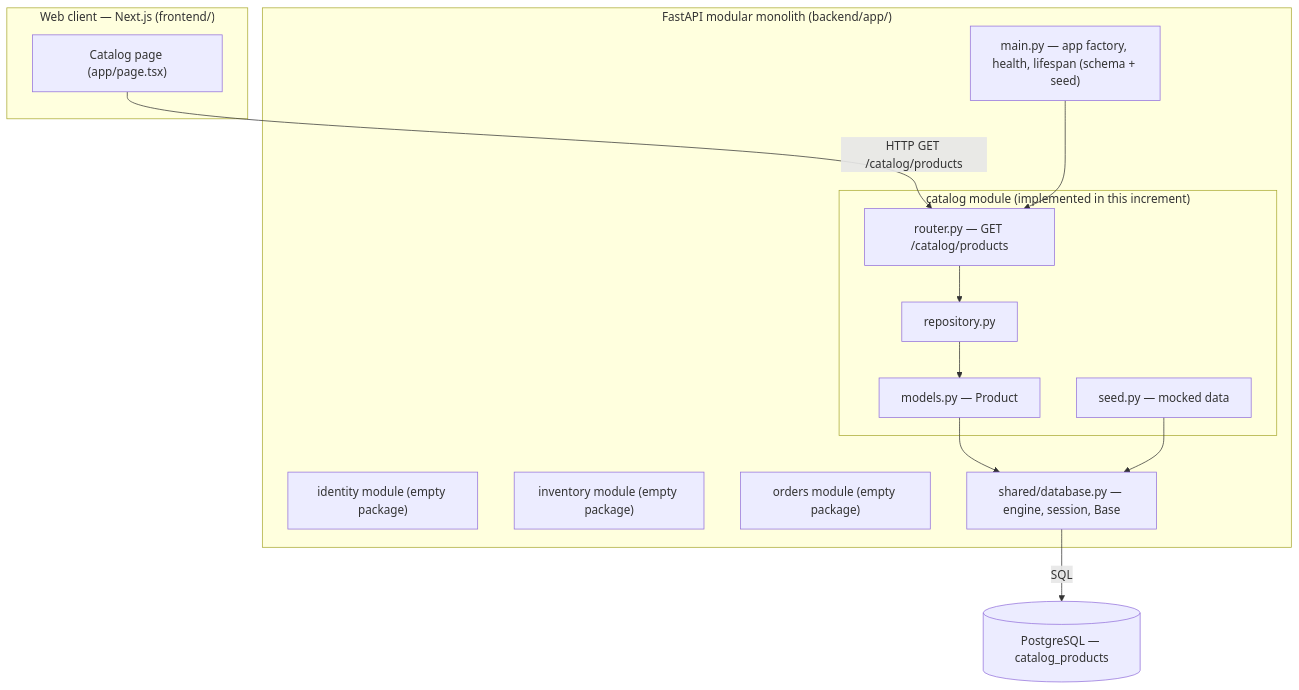
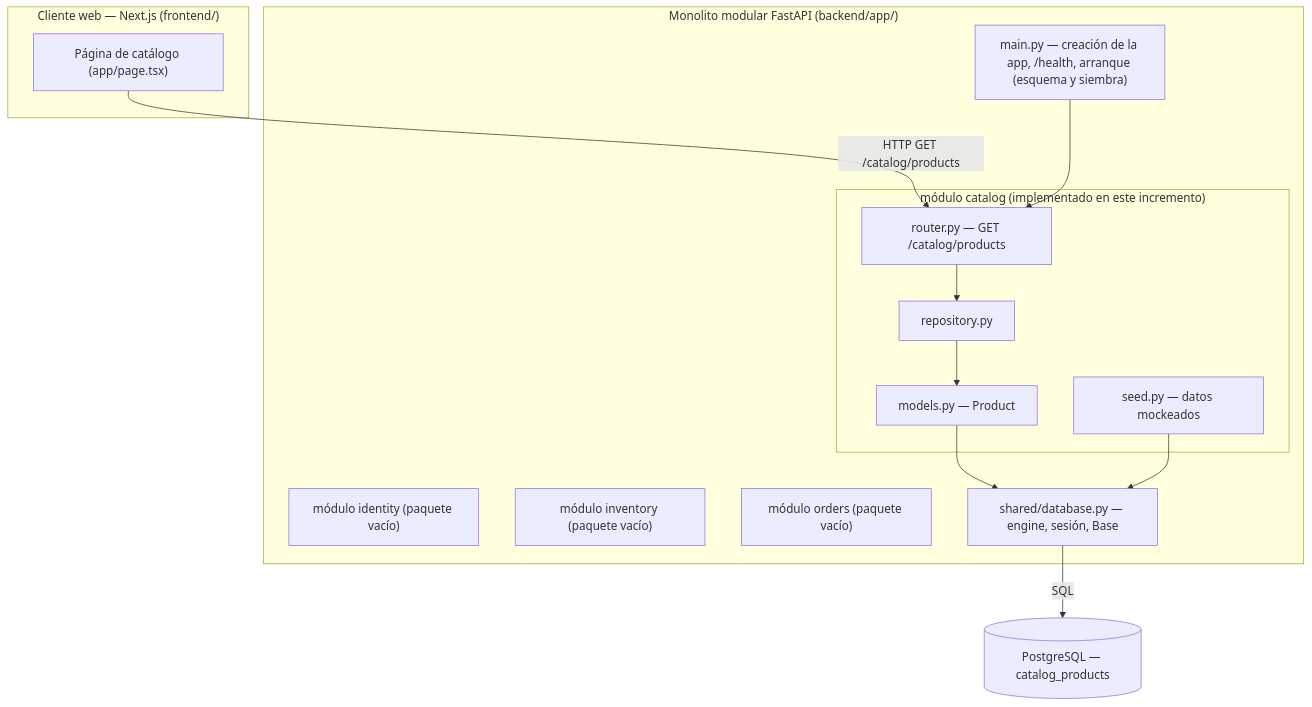
One commit to ISCOUTB/AS_202620_TIENDA-VIRTUAL-UTB changed the second of 5 diagrams in docs/arc42/arc42-template-EN.md. Above: the diagram before and after it, drawn with Mermaid. The commit also changed other lines of this file and 5 other files, not shown here.

````diff
--- a/docs/arc42/arc42-template-EN.md
+++ b/docs/arc42/arc42-template-EN.md
@@ -166,27 +171,27 @@
 ```mermaid
 flowchart TB
-    subgraph WebClient["Web client — Next.js (frontend/)"]
-        Page["Catalog page (app/page.tsx)"]
+    subgraph ClienteWeb["Cliente web — Next.js (frontend/)"]
+        Pagina["Página de catálogo (app/page.tsx)"]
     end
-    subgraph API["FastAPI modular monolith (backend/app/)"]
-        Main["main.py — app factory, health, lifespan (schema + seed)"]
-        subgraph Catalog["catalog module (implemented in this increment)"]
+    subgraph API["Monolito modular FastAPI (backend/app/)"]
+        Main["main.py — creación de la app, /health, arranque (esquema y siembra)"]
+        subgraph Catalogo["módulo catalog (implementado en este incremento)"]
             CRouter["router.py — GET /catalog/products"]
             CRepo["repository.py"]
             CModel["models.py — Product"]
-            CSeed["seed.py — mocked data"]
+            CSeed["seed.py — datos mockeados"]
         end
-        Identity["identity module (empty package)"]
-        Inventory["inventory module (empty package)"]
-        Orders["orders module (empty package)"]
-        Shared["shared/database.py — engine, session, Base"]
+        Identidad["módulo identity (paquete vacío)"]
+        Inventario["módulo inventory (paquete vacío)"]
+        Pedidos["módulo orders (paquete vacío)"]
+        Shared["shared/database.py — engine, sesión, Base"]
     end
     DB[("PostgreSQL — catalog_products")]
 
-    Page -->|"HTTP GET /catalog/products"| CRouter
+    Pagina -->|"HTTP GET /catalog/products"| CRouter
     Main --> CRouter
     CRouter --> CRepo --> CModel
     CModel --> Shared
     CSeed --> Shared
     Shared -->|SQL| DB
 ```
````
